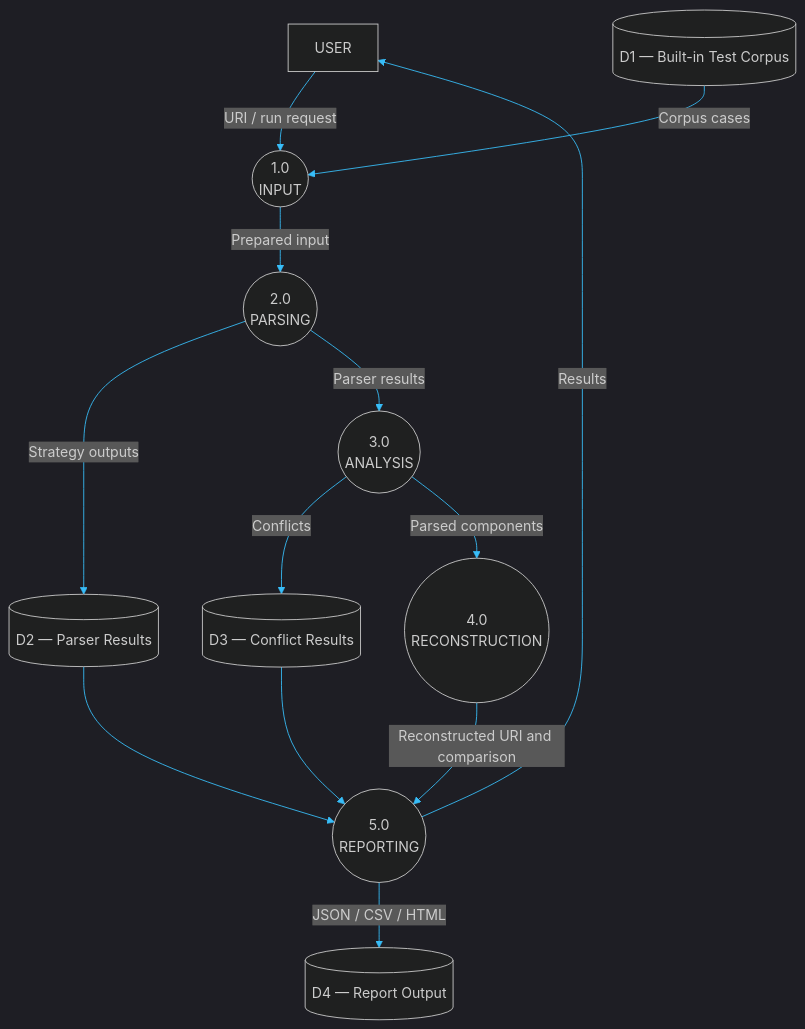
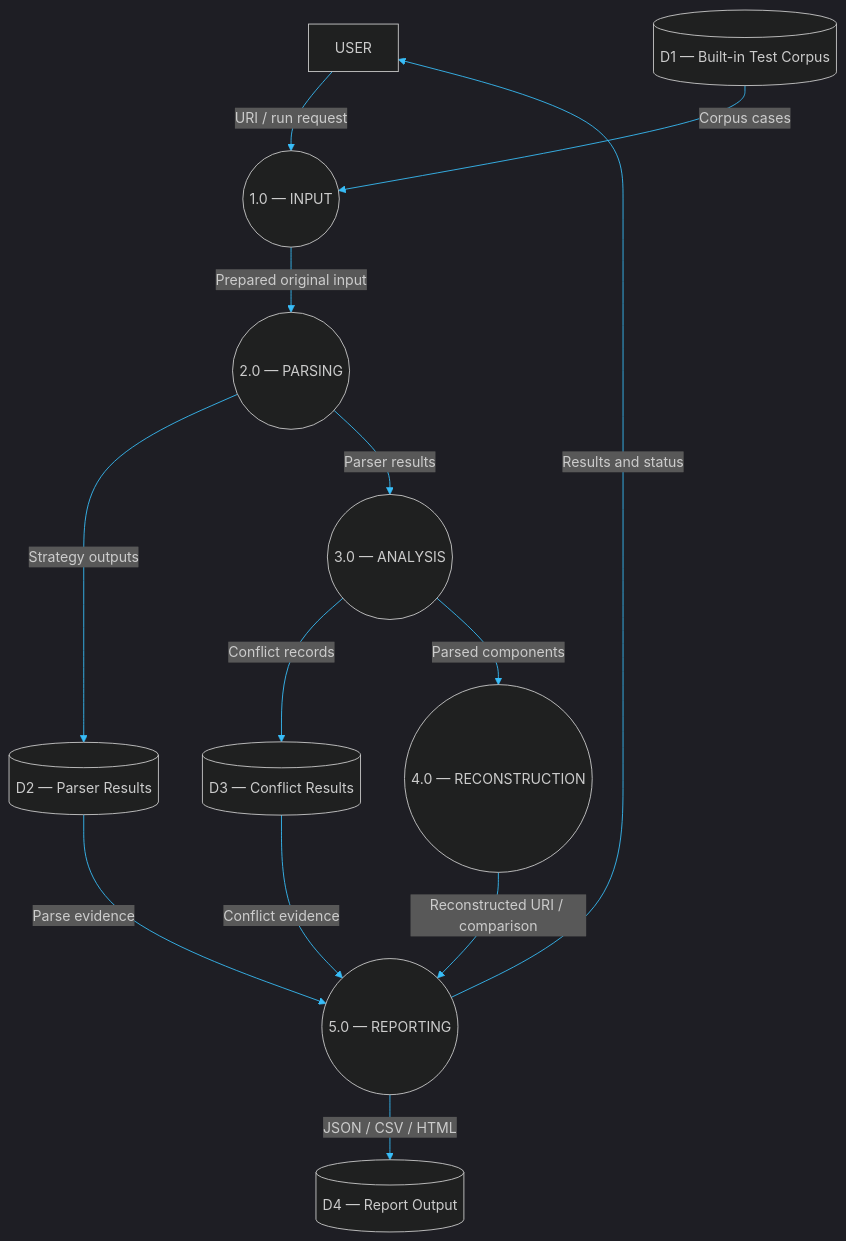
One commit to aiori-hackathon/A3-PS026-TC073 changed the seventh of 15 diagrams in README.md. Above: the diagram before and after it, drawn with Mermaid. The commit also changed other lines of this file, not shown here.

````diff
--- a/README.md
+++ b/README.md
@@ -1077,28 +1067,29 @@
 ```mermaid
 %%{init: {'theme':'dark','themeVariables': {'darkMode': true,'background':'#07111F','primaryColor':'#102A43','primaryTextColor':'#E6F6FF','primaryBorderColor':'#22D3EE','lineColor':'#38BDF8','secondaryColor':'#0B2238','tertiaryColor':'#123B63','fontFamily':'ui-monospace, SFMono-Regular, Consolas, monospace'}}}%%
 flowchart TB
     U["USER"]
     D1[("D1 — Built-in Test Corpus")]
     D2[("D2 — Parser Results")]
     D3[("D3 — Conflict Results")]
     D4[("D4 — Report Output")]
 
-    P1(("1.0<br/>INPUT"))
-    P2(("2.0<br/>PARSING"))
-    P3(("3.0<br/>ANALYSIS"))
-    P4(("4.0<br/>RECONSTRUCTION"))
-    P5(("5.0<br/>REPORTING"))
+    P1(("1.0 — INPUT"))
+    P2(("2.0 — PARSING"))
+    P3(("3.0 — ANALYSIS"))
+    P4(("4.0 — RECONSTRUCTION"))
+    P5(("5.0 — REPORTING"))
 
     U -->|"URI / run request"| P1
     D1 -->|"Corpus cases"| P1
-    P1 -->|"Prepared input"| P2
+    P1 -->|"Prepared original input"| P2
     P2 -->|"Strategy outputs"| D2
     P2 -->|"Parser results"| P3
-    P3 -->|"Conflicts"| D3
+    P3 -->|"Conflict records"| D3
     P3 -->|"Parsed components"| P4
-    P4 -->|"Reconstructed URI and comparison"| P5
-    D2 --> P5
-    D3 --> P5
+    P4 -->|"Reconstructed URI / comparison"| P5
+    D2 -->|"Parse evidence"| P5
+    D3 -->|"Conflict evidence"| P5
     P5 -->|"JSON / CSV / HTML"| D4
-    P5 -->|"Results"| U
+    P5 -->|"Results and status"| U
+
 ```
````
